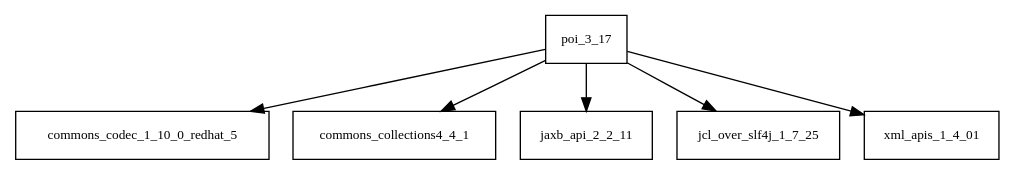
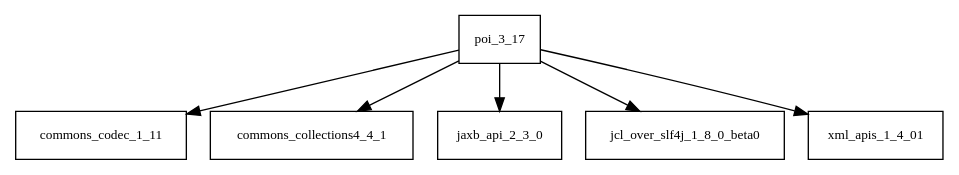
The diagram in tattleTaleReport/graphviz/poi-3.17.jar/poi-3.17.jar.dot (AglaianWoman/cia), drawn with Graphviz before and after one commit. The commit also changed 3162 other files, not shown here.

```diff
--- a/tattleTaleReport/graphviz/poi-3.17.jar/poi-3.17.jar.dot
+++ b/tattleTaleReport/graphviz/poi-3.17.jar/poi-3.17.jar.dot
@@ -1,8 +1,8 @@
 digraph poi_3_17_dependencies {
   node [shape = box, fontsize=10.0];
-  poi_3_17 -> commons_codec_1_10_0_redhat_5;
+  poi_3_17 -> commons_codec_1_11;
   poi_3_17 -> commons_collections4_4_1;
-  poi_3_17 -> jaxb_api_2_2_11;
-  poi_3_17 -> jcl_over_slf4j_1_7_25;
+  poi_3_17 -> jaxb_api_2_3_0;
+  poi_3_17 -> jcl_over_slf4j_1_8_0_beta0;
   poi_3_17 -> xml_apis_1_4_01;
 }
```
